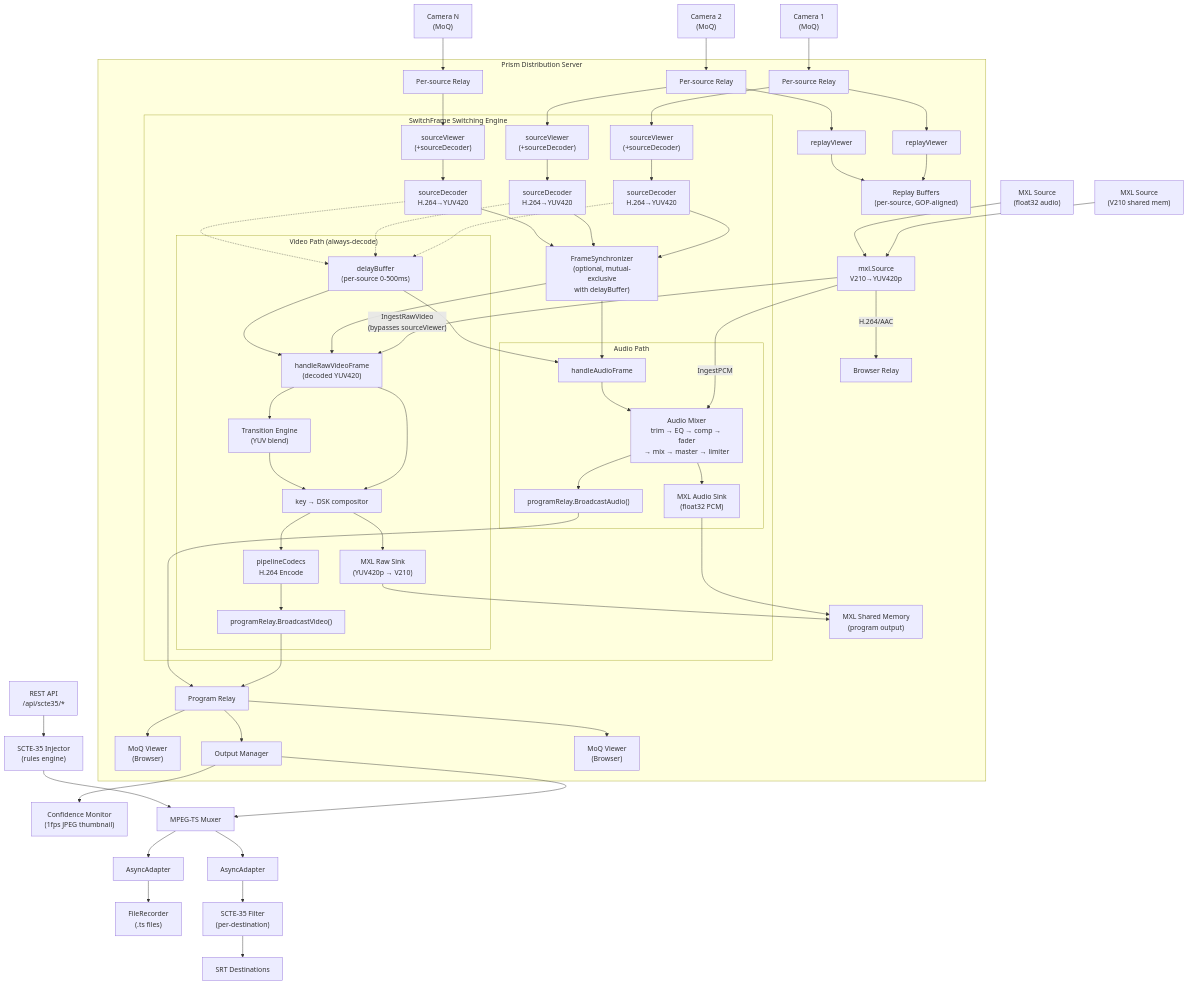
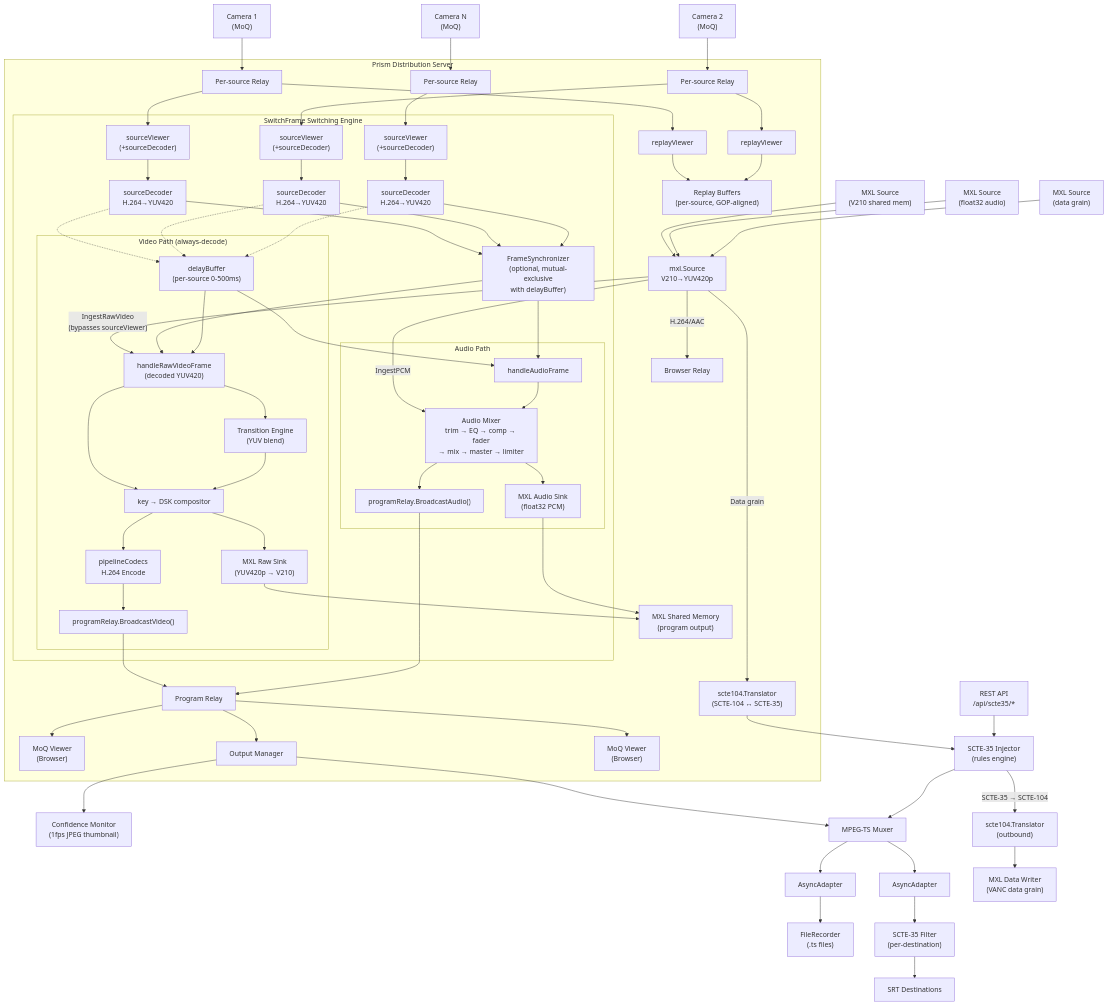
One commit to zsiec/switchframe changed the first of 23 diagrams in docs/architecture.md. Above: the diagram before and after it, drawn with Mermaid. The commit also changed other lines of this file and 6 other files, not shown here.

````diff
--- a/docs/architecture.md
+++ b/docs/architecture.md
@@ -23,70 +23,75 @@
 ```mermaid
 graph TD
     cam1["Camera 1<br/>(MoQ)"] --> relay1["Per-source Relay"]
     cam2["Camera 2<br/>(MoQ)"] --> relay2["Per-source Relay"]
     camN["Camera N<br/>(MoQ)"] --> relayN["Per-source Relay"]
     mxl1["MXL Source<br/>(V210 shared mem)"] --> mxlSrc["mxl.Source<br/>V210→YUV420p"]
     mxl2["MXL Source<br/>(float32 audio)"] --> mxlSrc
+    mxl3["MXL Source<br/>(data grain)"] --> mxlSrc
 
     subgraph prism["Prism Distribution Server"]
         mxlSrc -->|"IngestRawVideo<br/>(bypasses sourceViewer)"| hvf
         mxlSrc -->|"IngestPCM"| am
+        mxlSrc -->|"Data grain"| scte104["scte104.Translator<br/>(SCTE-104 ↔ SCTE-35)"]
         mxlSrc -->|"H.264/AAC"| mxlRelay["Browser Relay"]
         relay1 --> sv1["sourceViewer<br/>(+sourceDecoder)"]
         relay2 --> sv2["sourceViewer<br/>(+sourceDecoder)"]
         relayN --> svN["sourceViewer<br/>(+sourceDecoder)"]
         relay1 --> rv1["replayViewer"]
         relay2 --> rv2["replayViewer"]
         rv1 --> rb["Replay Buffers<br/>(per-source, GOP-aligned)"]
         rv2 --> rb
 
         subgraph engine["SwitchFrame Switching Engine"]
             sv1 --> sd1["sourceDecoder<br/>H.264→YUV420"]
             sv2 --> sd2["sourceDecoder<br/>H.264→YUV420"]
             svN --> sdN["sourceDecoder<br/>H.264→YUV420"]
             sd1 --> fs["FrameSynchronizer<br/>(optional, mutual-exclusive<br/>with delayBuffer)"]
             sd2 --> fs
             sdN --> fs
             sd1 -.-> delay["delayBuffer<br/>(per-source 0-500ms)"]
             sd2 -.-> delay
             sdN -.-> delay
             fs --> hvf
             fs --> haf
 
             subgraph video["Video Path (always-decode)"]
                 delay --> hvf["handleRawVideoFrame<br/>(decoded YUV420)"]
                 hvf --> te["Transition Engine<br/>(YUV blend)"]
                 hvf --> pipeline["key → DSK compositor"]
                 te --> pipeline
                 pipeline --> mxlOut["MXL Raw Sink<br/>(YUV420p → V210)"]
                 pipeline --> enc["pipelineCodecs<br/>H.264 Encode"]
                 enc --> bv["programRelay.BroadcastVideo()"]
             end
 
             subgraph audio["Audio Path"]
                 delay --> haf["handleAudioFrame"]
                 haf --> am["Audio Mixer<br/>trim → EQ → comp → fader<br/>→ mix → master → limiter"]
                 am --> ba["programRelay.BroadcastAudio()"]
                 am --> mxlAudioOut["MXL Audio Sink<br/>(float32 PCM)"]
             end
         end
 
         bv --> pr["Program Relay"]
         ba --> pr
 
         mxlOut --> mxlShm["MXL Shared Memory<br/>(program output)"]
         mxlAudioOut --> mxlShm
 
         pr --> browser1["MoQ Viewer<br/>(Browser)"]
         pr --> om["Output Manager"]
         pr --> browser2["MoQ Viewer<br/>(Browser)"]
     end
 
     om --> conf["Confidence Monitor<br/>(1fps JPEG thumbnail)"]
     om --> mux["MPEG-TS Muxer"]
     mux --> aa1["AsyncAdapter"] --> rec["FileRecorder<br/>(.ts files)"]
     mux --> aa2["AsyncAdapter"] --> filt["SCTE-35 Filter<br/>(per-destination)"] --> srt["SRT Destinations"]
 
+    scte104 --> inj
     api["REST API<br/>/api/scte35/*"] --> inj["SCTE-35 Injector<br/>(rules engine)"]
     inj --> mux
+    inj -->|"SCTE-35 → SCTE-104"| scte104out["scte104.Translator<br/>(outbound)"]
+    scte104out --> mxlDataOut["MXL Data Writer<br/>(VANC data grain)"]
 ```
````
